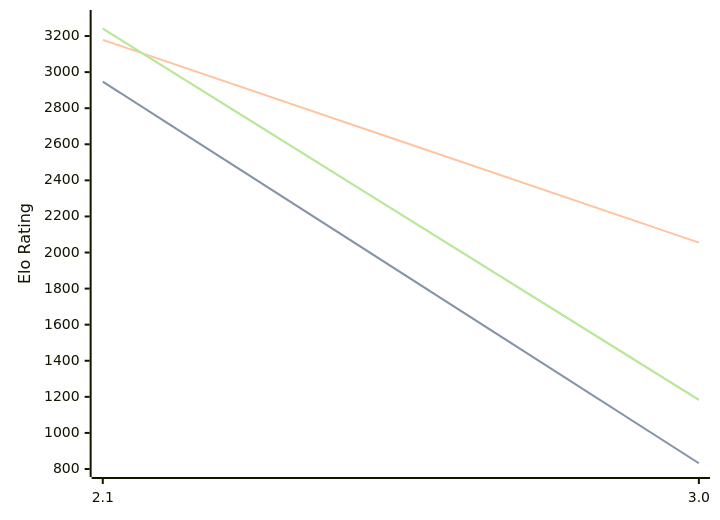
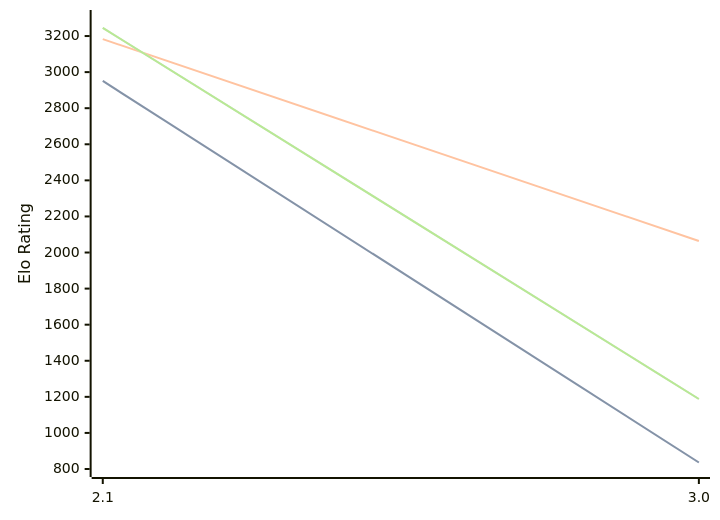
Before and after one commit to computer-chess-index/cci: the diagram in engines/Quirky.md, drawn with Mermaid. The commit also changed other lines of this file, not shown here.

Commit message:
Update CCI Ratings (ELO VLTC) - 2026-08-18

````diff
--- a/engines/Quirky.md
+++ b/engines/Quirky.md
@@ -32,11 +32,11 @@
 ```mermaid
 %%{init: {"theme":"base","themeVariables":{"seriesColors:['#a3a3a3','#222221','#faa371']}}}%%
 xychart-beta
   x-axis ["2.1", "3.0"]
   y-axis "Elo Rating" 800 --> 3300
-  line "STC (8.0+0.08s)" [2947, 832]
-  line "STC (8.0+0.08s)" [2947, 832]
-  line "LTC (60.0+0.60s)" [3179, 2055]
-  line "VLTC (2m24s+1.12s)" [3241, 1183]
-  line "VLTC (2m24s+1.12s)" [3241, 1183]
+  line "STC (8.0+0.08s)" [2951, 836]
+  line "STC (8.0+0.08s)" [2951, 836]
+  line "LTC (60.0+0.60s)" [3183, 2064]
+  line "VLTC (2m24s+1.12s)" [3245, 1188]
+  line "VLTC (2m24s+1.12s)" [3245, 1188]
 ```
````
